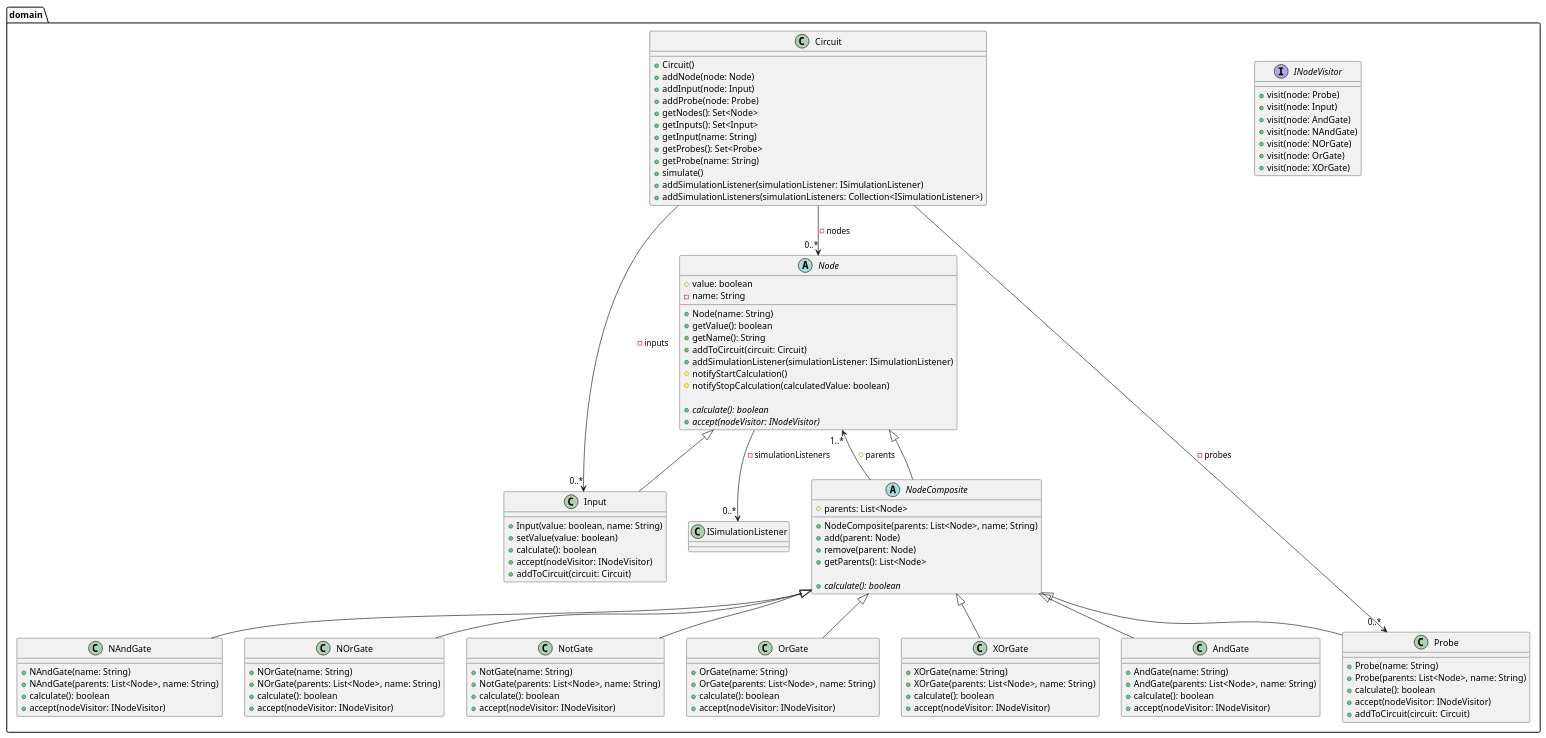
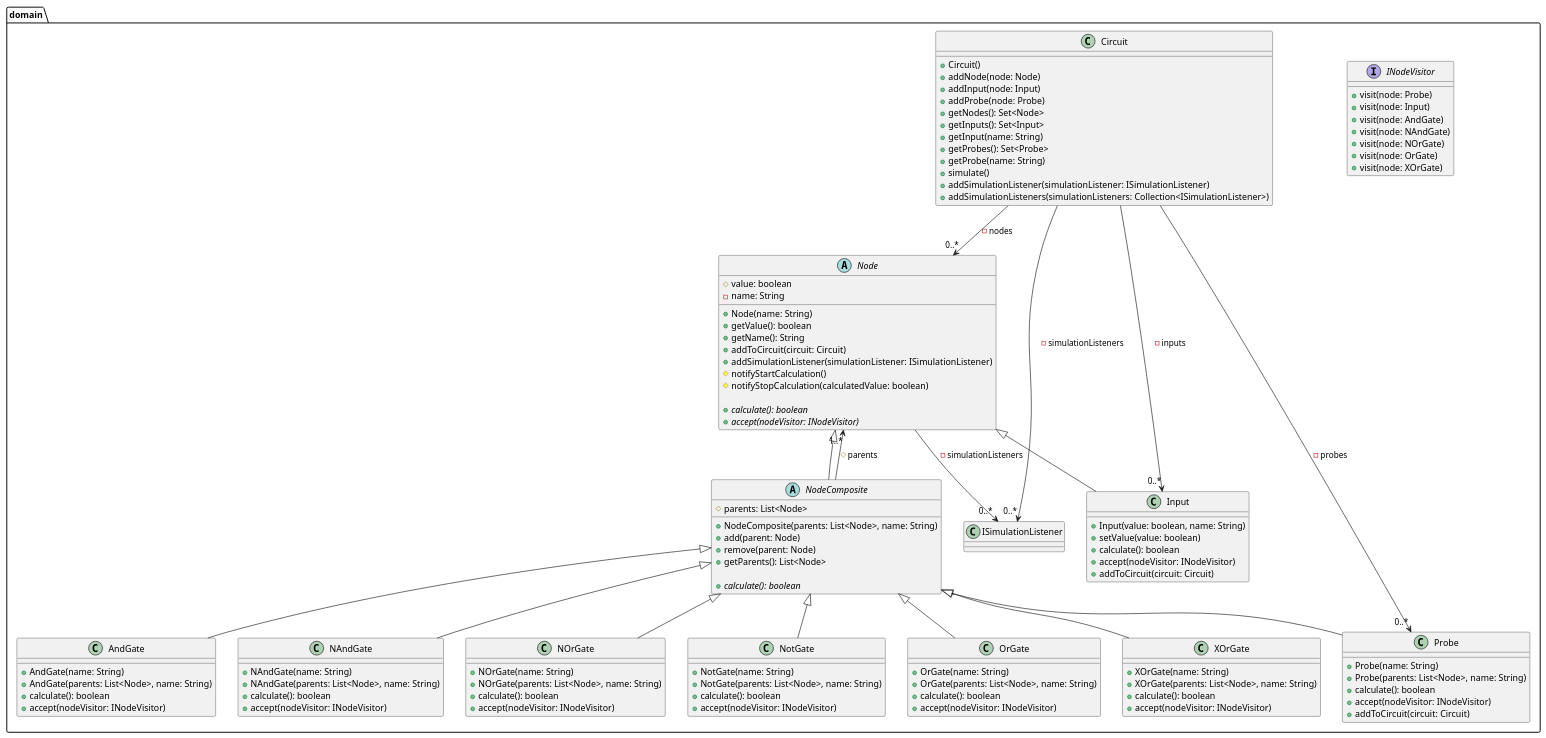
One commit to stevenliebregt/avans-dp1-sirkwie changed the diagram in docs/diagrams/dkd-core-domain.puml. Above: the diagram before and after it, drawn with PlantUML. The commit also changed 12 other files, not shown here.

```diff
--- a/docs/diagrams/dkd-core-domain.puml
+++ b/docs/diagrams/dkd-core-domain.puml
@@ -1,120 +1,121 @@
 @startuml
 
 package domain {
     abstract class Node {
         #value: boolean
         -name: String
 
         +Node(name: String)
         +getValue(): boolean
         +getName(): String
         +addToCircuit(circuit: Circuit)
         +addSimulationListener(simulationListener: ISimulationListener)
         #notifyStartCalculation()
         #notifyStopCalculation(calculatedValue: boolean)
 
         +{abstract}calculate(): boolean
         +{abstract}accept(nodeVisitor: INodeVisitor)
     }
     Node --> "0..*" ISimulationListener : -simulationListeners
 
     abstract class NodeComposite extends Node {
         #parents: List<Node>
 
         +NodeComposite(parents: List<Node>, name: String)
         +add(parent: Node)
         +remove(parent: Node)
         +getParents(): List<Node>
 
         +{abstract}calculate(): boolean
     }
     NodeComposite " " --> "1..*" Node : #parents
 
     interface INodeVisitor {
         +visit(node: Probe)
         +visit(node: Input)
         +visit(node: AndGate)
         +visit(node: NAndGate)
         +visit(node: NOrGate)
         +visit(node: OrGate)
         +visit(node: XOrGate)
     }
 
     class Circuit {
         +Circuit()
         +addNode(node: Node)
         +addInput(node: Input)
         +addProbe(node: Probe)
         +getNodes(): Set<Node>
         +getInputs(): Set<Input>
         +getInput(name: String)
         +getProbes(): Set<Probe>
         +getProbe(name: String)
         +simulate()
         +addSimulationListener(simulationListener: ISimulationListener)
         +addSimulationListeners(simulationListeners: Collection<ISimulationListener>)
     }
     Circuit " " --> "0..*" Node : -nodes
     Circuit " " --> "0..*" Input : -inputs
     Circuit " " --> "0..*" Probe : -probes
+    Circuit --> "0..*" ISimulationListener : -simulationListeners
 
     class Input extends Node {
         +Input(value: boolean, name: String)
         +setValue(value: boolean)
         +calculate(): boolean
         +accept(nodeVisitor: INodeVisitor)
         +addToCircuit(circuit: Circuit)
     }
 
     class Probe extends NodeComposite {
         +Probe(name: String)
         +Probe(parents: List<Node>, name: String)
         +calculate(): boolean
         +accept(nodeVisitor: INodeVisitor)
         +addToCircuit(circuit: Circuit)
     }
 
     class AndGate extends NodeComposite {
         +AndGate(name: String)
         +AndGate(parents: List<Node>, name: String)
         +calculate(): boolean
         +accept(nodeVisitor: INodeVisitor)
     }
 
     class NAndGate extends NodeComposite {
         +NAndGate(name: String)
         +NAndGate(parents: List<Node>, name: String)
         +calculate(): boolean
         +accept(nodeVisitor: INodeVisitor)
     }
 
     class NOrGate extends NodeComposite {
         +NOrGate(name: String)
         +NOrGate(parents: List<Node>, name: String)
         +calculate(): boolean
         +accept(nodeVisitor: INodeVisitor)
     }
 
     class NotGate extends NodeComposite {
         +NotGate(name: String)
         +NotGate(parents: List<Node>, name: String)
         +calculate(): boolean
         +accept(nodeVisitor: INodeVisitor)
     }
 
     class OrGate extends NodeComposite {
         +OrGate(name: String)
         +OrGate(parents: List<Node>, name: String)
         +calculate(): boolean
         +accept(nodeVisitor: INodeVisitor)
     }
 
     class XOrGate extends NodeComposite {
         +XOrGate(name: String)
         +XOrGate(parents: List<Node>, name: String)
         +calculate(): boolean
         +accept(nodeVisitor: INodeVisitor)
     }
 }
 
 @enduml
```
